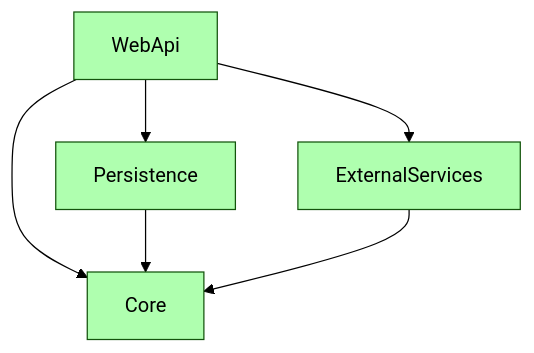
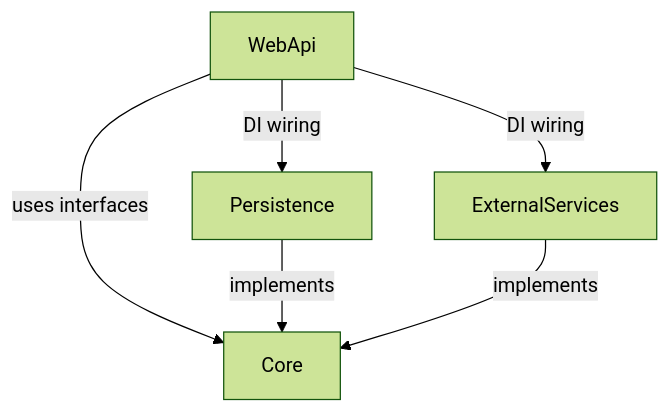
One commit to denis-marchenkov/architecture-patterns-memo changed the diagram in Hexagonal/README.md. Above: the diagram before and after it, drawn with Mermaid (forest theme).

````diff
--- a/Hexagonal/README.md
+++ b/Hexagonal/README.md
@@ -83,13 +83,8 @@
 ```mermaid
 graph TD
-    WebApi --> Core
-    Persistence --> Core
-    ExternalServices --> Core
-    WebApi --> Persistence
-    WebApi --> ExternalServices
-
-    style Core fill:#AFFFAF
-    style ExternalServices fill:#AFFFAF
-    style Persistence fill:#AFFFAF
-    style WebApi fill:#AFFFAF
+    WebApi -->|uses interfaces| Core
+    Persistence -->|implements| Core
+    ExternalServices -->|implements| Core
+    WebApi -->|DI wiring| Persistence
+    WebApi -->|DI wiring| ExternalServices
 ```
````
